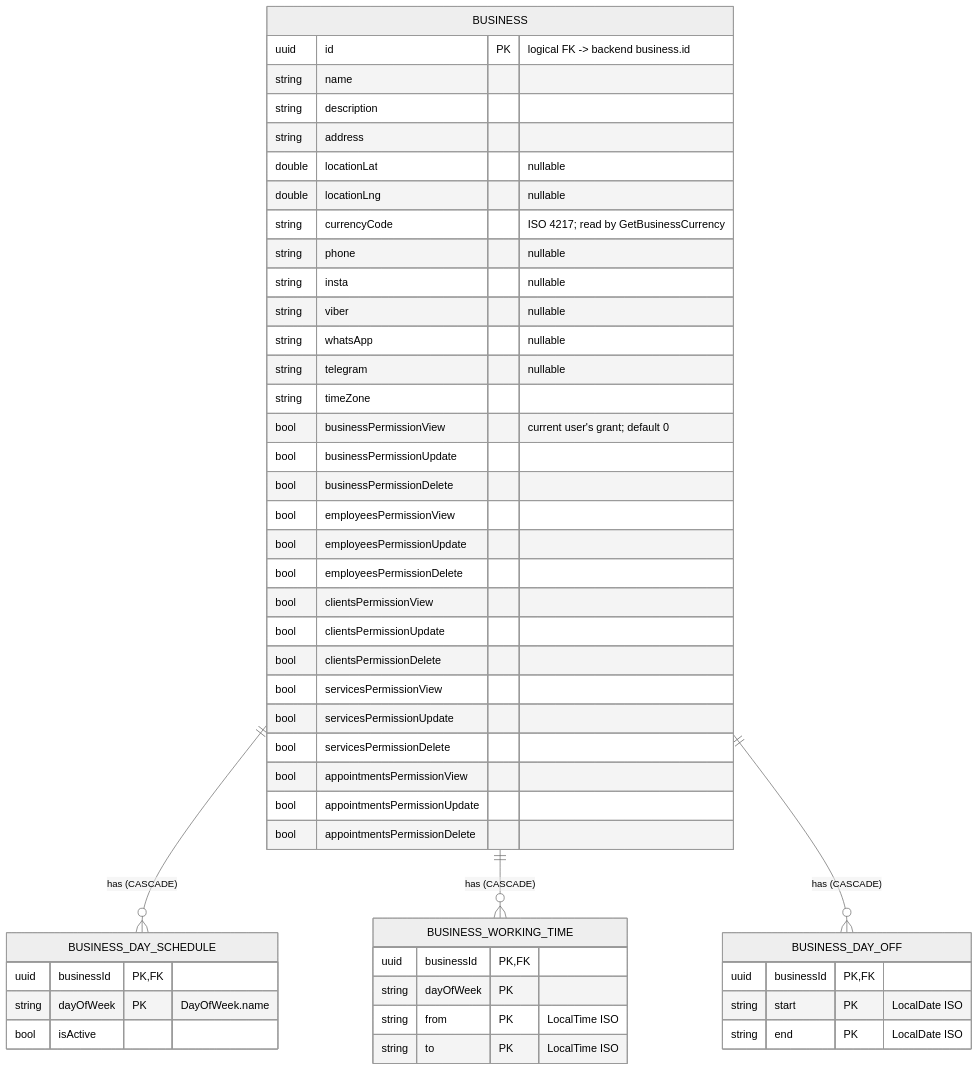
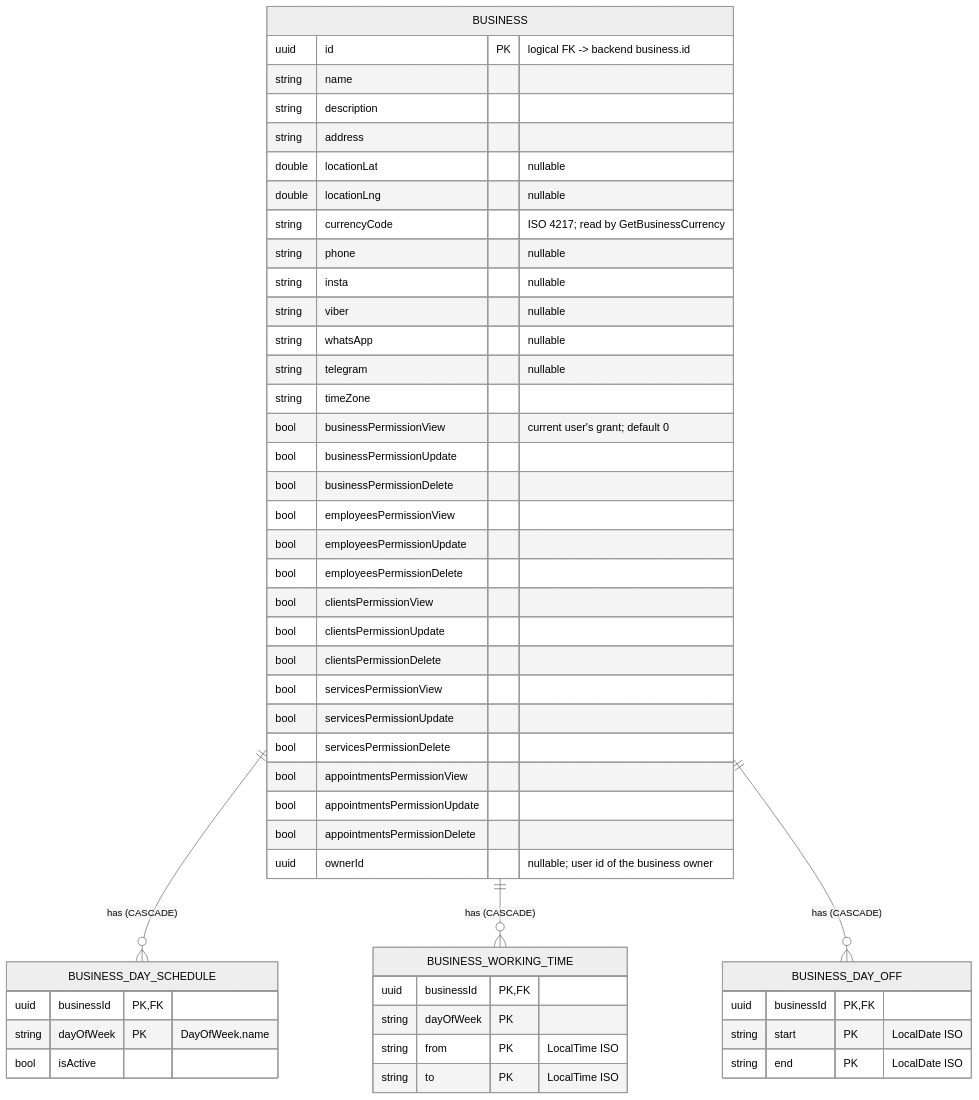
Before and after one commit to nocturneproperties/bookkme-client: the diagram in docs/database/business.md, drawn with Mermaid (neutral theme). The commit also changed other lines of this file and 29 other files, not shown here.

Commit message:
[ISSUE-73] add ability to detect that employee is a business owner

````diff
--- a/docs/database/business.md
+++ b/docs/database/business.md
@@ -13,56 +13,57 @@
 ```mermaid
 erDiagram
     BUSINESS ||--o{ BUSINESS_DAY_SCHEDULE : "has (CASCADE)"
     BUSINESS ||--o{ BUSINESS_WORKING_TIME : "has (CASCADE)"
     BUSINESS ||--o{ BUSINESS_DAY_OFF : "has (CASCADE)"
 
     BUSINESS {
         uuid id PK "logical FK -> backend business.id"
         string name
         string description
         string address
         double locationLat "nullable"
         double locationLng "nullable"
         string currencyCode "ISO 4217; read by GetBusinessCurrency"
         string phone "nullable"
         string insta "nullable"
         string viber "nullable"
         string whatsApp "nullable"
         string telegram "nullable"
         string timeZone
         bool businessPermissionView "current user's grant; default 0"
         bool businessPermissionUpdate
         bool businessPermissionDelete
         bool employeesPermissionView
         bool employeesPermissionUpdate
         bool employeesPermissionDelete
         bool clientsPermissionView
         bool clientsPermissionUpdate
         bool clientsPermissionDelete
         bool servicesPermissionView
         bool servicesPermissionUpdate
         bool servicesPermissionDelete
         bool appointmentsPermissionView
         bool appointmentsPermissionUpdate
         bool appointmentsPermissionDelete
+        uuid ownerId "nullable; user id of the business owner"
     }
 
     BUSINESS_DAY_SCHEDULE {
         uuid businessId PK,FK
         string dayOfWeek PK "DayOfWeek.name"
         bool isActive
     }
 
     BUSINESS_WORKING_TIME {
         uuid businessId PK,FK
         string dayOfWeek PK
         string from PK "LocalTime ISO"
         string to PK "LocalTime ISO"
     }
 
     BUSINESS_DAY_OFF {
         uuid businessId PK,FK
         string start PK "LocalDate ISO"
         string end PK "LocalDate ISO"
     }
 ```
````
